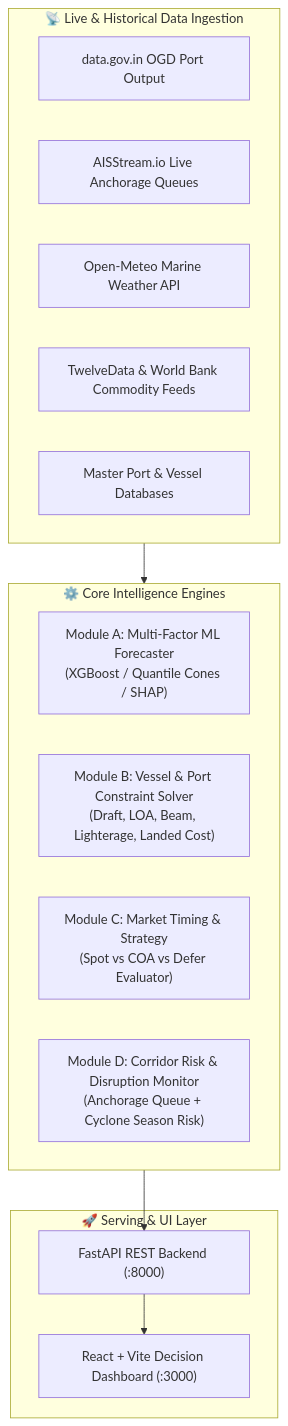
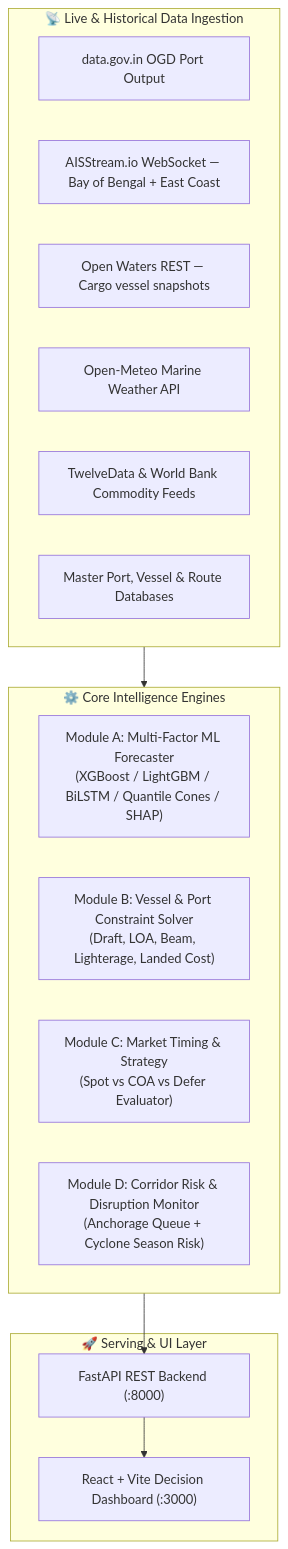
One commit to Farhan-25/SIH-2026 changed the diagram in README.md. Above: the diagram before and after it, drawn with Mermaid. The commit also changed other lines of this file and 4 other files, not shown here.

````diff
--- a/README.md
+++ b/README.md
@@ -37,26 +37,27 @@
 ```mermaid
 flowchart TD
     subgraph Data_Layer ["📡 Live & Historical Data Ingestion"]
         D1[data.gov.in OGD Port Output]
-        D2[AISStream.io Live Anchorage Queues]
-        D3[Open-Meteo Marine Weather API]
-        D4[TwelveData & World Bank Commodity Feeds]
-        D5[Master Port & Vessel Databases]
+        D2[AISStream.io WebSocket — Bay of Bengal + East Coast]
+        D3[Open Waters REST — Cargo vessel snapshots]
+        D4[Open-Meteo Marine Weather API]
+        D5[TwelveData & World Bank Commodity Feeds]
+        D6[Master Port, Vessel & Route Databases]
     end
 
     subgraph Core_Engines ["⚙️ Core Intelligence Engines"]
-        M1["Module A: Multi-Factor ML Forecaster<br/>(XGBoost / Quantile Cones / SHAP)"]
+        M1["Module A: Multi-Factor ML Forecaster<br/>(XGBoost / LightGBM / BiLSTM / Quantile Cones / SHAP)"]
         M2["Module B: Vessel & Port Constraint Solver<br/>(Draft, LOA, Beam, Lighterage, Landed Cost)"]
         M3["Module C: Market Timing & Strategy<br/>(Spot vs COA vs Defer Evaluator)"]
         M4["Module D: Corridor Risk & Disruption Monitor<br/>(Anchorage Queue + Cyclone Season Risk)"]
     end
 
     subgraph Serving_Layer ["🚀 Serving & UI Layer"]
         API["FastAPI REST Backend (:8000)"]
         UI["React + Vite Decision Dashboard (:3000)"]
     end
 
     Data_Layer --> Core_Engines
     Core_Engines --> API
     API --> UI
 ```
````
